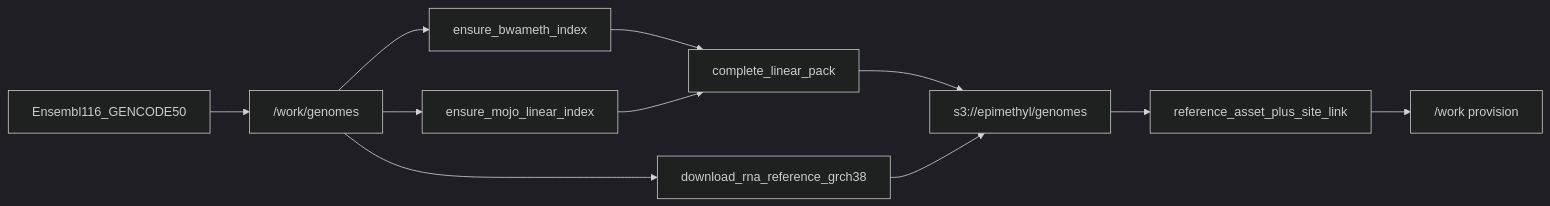
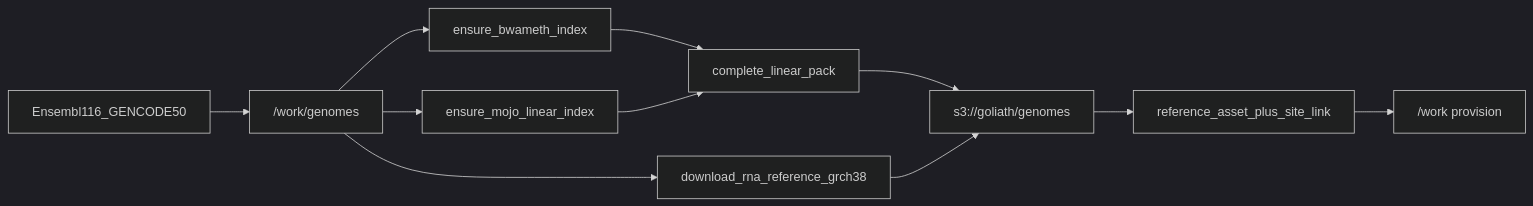
One commit to Goliath-Research/GoliathWorkflow changed the diagram in docs/plans/ensembl-116-gencode-v50-inventory.plan.md. Above: the diagram before and after it, drawn with Mermaid (dark theme). The commit also changed other lines of this file and 272 other files, not shown here.

````diff
--- a/docs/plans/ensembl-116-gencode-v50-inventory.plan.md
+++ b/docs/plans/ensembl-116-gencode-v50-inventory.plan.md
@@ -42,13 +42,13 @@
 ```mermaid
 flowchart LR
   ftp[Ensembl116_GENCODE50] --> work["/work/genomes"]
   work --> clara[ensure_bwameth_index]
   work --> mojo[ensure_mojo_linear_index]
   work --> rna[download_rna_reference_grch38]
   clara --> pack[complete_linear_pack]
   mojo --> pack
-  pack --> qnap["s3://epimethyl/genomes"]
+  pack --> qnap["s3://goliath/genomes"]
   rna --> qnap
   qnap --> cfg[reference_asset_plus_site_link]
   cfg --> workers["/work provision"]
 ```
````
